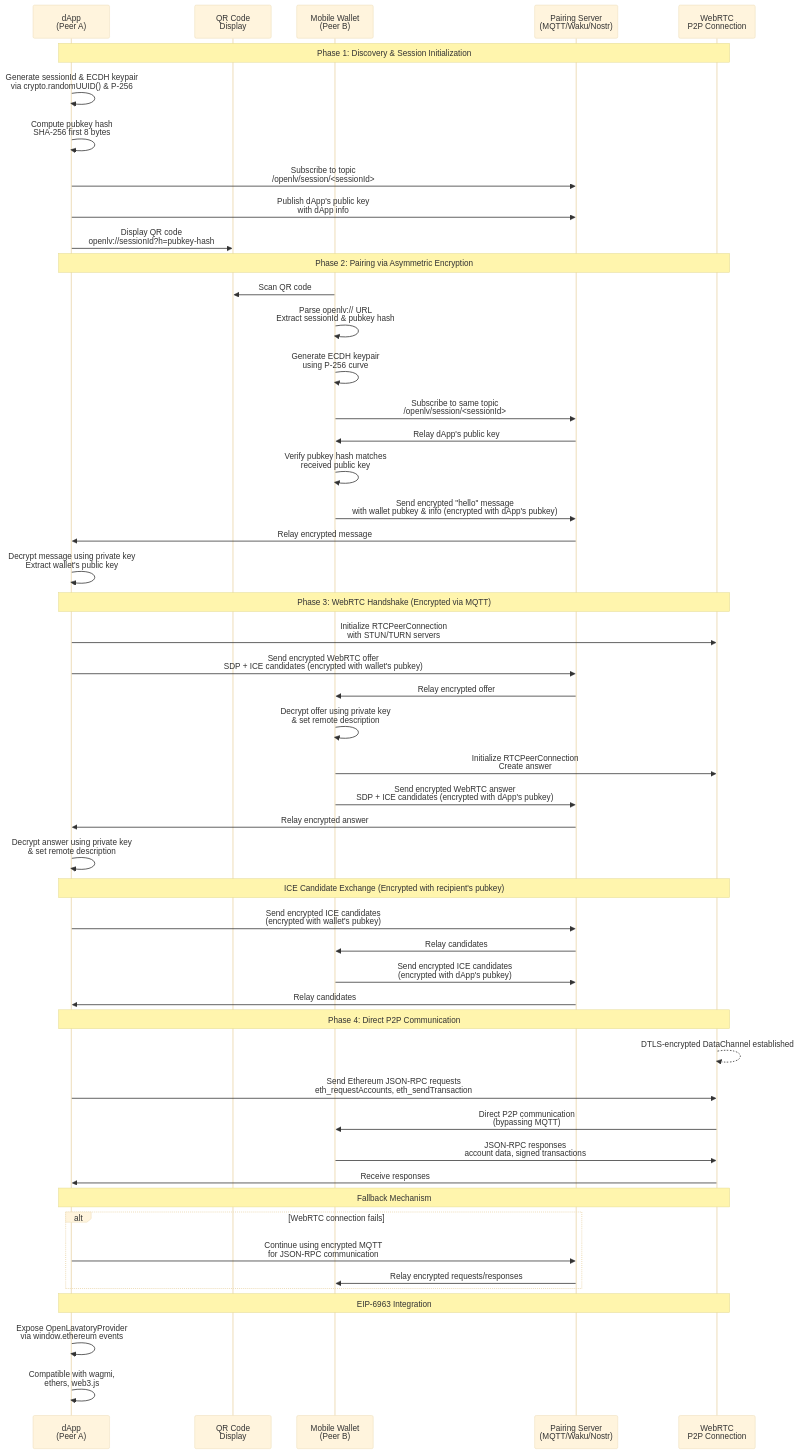
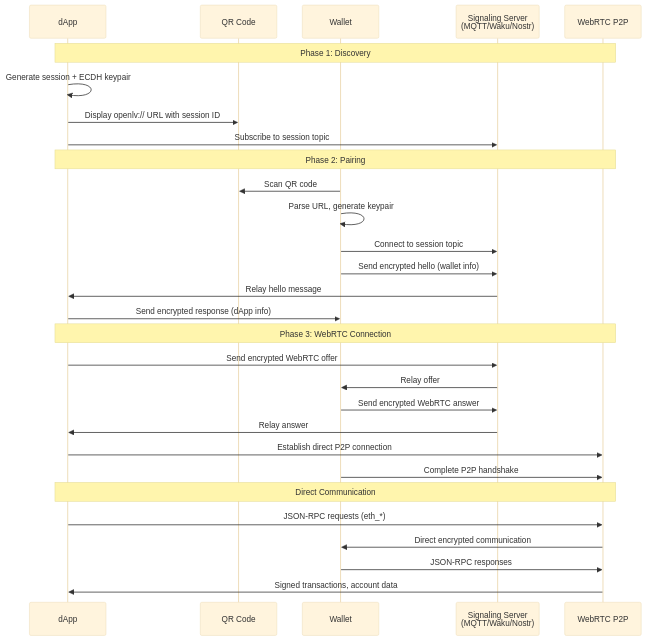
The diagram in spec.md (v3xlabs/open-lavatory), drawn with Mermaid (base theme) before and after one commit. The commit also changed other lines of this file, not shown here.

Commit message:
Update spec

````diff
--- a/spec.md
+++ b/spec.md
@@ -37,60 +66,35 @@
 ```mermaid
 sequenceDiagram
-    participant dApp as dApp<br/>(Peer A)
-    participant QR as QR Code<br/>Display  
-    participant Wallet as Mobile Wallet<br/>(Peer B)
-    participant MQTT as Pairing Server<br/>(MQTT/Waku/Nostr)
-    participant WebRTC as WebRTC<br/>P2P Connection
+    participant D as dApp
+    participant Q as QR Code
+    participant W as Wallet
+    participant S as Signaling Server<br/>(MQTT/Waku/Nostr)
+    participant P as WebRTC P2P
 
-    Note over dApp, WebRTC: Phase 1: Discovery & Session Initialization
-    dApp->>dApp: Generate sessionId & ECDH keypair<br/>via crypto.randomUUID() & P-256
-    dApp->>dApp: Compute pubkey hash<br/>SHA-256 first 8 bytes
-    dApp->>MQTT: Subscribe to topic<br/>/openlv/session/<sessionId>
-    dApp->>MQTT: Publish dApp's public key<br/>with dApp info
-    dApp->>QR: Display QR code<br/>openlv://sessionId?h=pubkey-hash
+    Note over D, P: Phase 1: Discovery
+    D->>D: Generate session + ECDH keypair
+    D->>Q: Display openlv:// URL with session ID
+    D->>S: Subscribe to session topic
     
-    Note over dApp, WebRTC: Phase 2: Pairing via Asymmetric Encryption
-    Wallet->>QR: Scan QR code
-    Wallet->>Wallet: Parse openlv:// URL<br/>Extract sessionId & pubkey hash
-    Wallet->>Wallet: Generate ECDH keypair<br/>using P-256 curve
-    Wallet->>MQTT: Subscribe to same topic<br/>/openlv/session/<sessionId>
-    MQTT->>Wallet: Relay dApp's public key
-    Wallet->>Wallet: Verify pubkey hash matches<br/>received public key
+    Note over D, P: Phase 2: Pairing
+    W->>Q: Scan QR code
+    W->>W: Parse URL, generate keypair
+    W->>S: Connect to session topic
+    W->>S: Send encrypted hello (wallet info)
+    S->>D: Relay hello message
+    D->>W: Send encrypted response (dApp info)
     
-    Wallet->>MQTT: Send encrypted "hello" message<br/>with wallet pubkey & info (encrypted with dApp's pubkey)
-    MQTT->>dApp: Relay encrypted message
-    dApp->>dApp: Decrypt message using private key<br/>Extract wallet's public key
+    Note over D, P: Phase 3: WebRTC Connection
+    D->>S: Send encrypted WebRTC offer
+    S->>W: Relay offer
+    W->>S: Send encrypted WebRTC answer
+    S->>D: Relay answer
+    D->>P: Establish direct P2P connection
+    W->>P: Complete P2P handshake
     
-    Note over dApp, WebRTC: Phase 3: WebRTC Handshake (Encrypted via MQTT)
-    dApp->>WebRTC: Initialize RTCPeerConnection<br/>with STUN/TURN servers
-    dApp->>MQTT: Send encrypted WebRTC offer<br/>SDP + ICE candidates (encrypted with wallet's pubkey)
-    MQTT->>Wallet: Relay encrypted offer
-    Wallet->>Wallet: Decrypt offer using private key<br/>& set remote description
-    Wallet->>WebRTC: Initialize RTCPeerConnection<br/>Create answer
-    Wallet->>MQTT: Send encrypted WebRTC answer<br/>SDP + ICE candidates (encrypted with dApp's pubkey)
-    MQTT->>dApp: Relay encrypted answer
-    dApp->>dApp: Decrypt answer using private key<br/>& set remote description
-    
-    Note over dApp, WebRTC: ICE Candidate Exchange (Encrypted with recipient's pubkey)
-    dApp->>MQTT: Send encrypted ICE candidates<br/>(encrypted with wallet's pubkey)
-    MQTT->>Wallet: Relay candidates
-    Wallet->>MQTT: Send encrypted ICE candidates<br/>(encrypted with dApp's pubkey)
-    MQTT->>dApp: Relay candidates
-    
-    Note over dApp, WebRTC: Phase 4: Direct P2P Communication
-    WebRTC-->>WebRTC: DTLS-encrypted DataChannel established
-    dApp->>WebRTC: Send Ethereum JSON-RPC requests<br/>eth_requestAccounts, eth_sendTransaction
-    WebRTC->>Wallet: Direct P2P communication<br/>(bypassing MQTT)
-    Wallet->>WebRTC: JSON-RPC responses<br/>account data, signed transactions
-    WebRTC->>dApp: Receive responses
-    
-    Note over dApp, WebRTC: Fallback Mechanism
-    alt WebRTC connection fails
-        dApp->>MQTT: Continue using encrypted MQTT<br/>for JSON-RPC communication
-        MQTT->>Wallet: Relay encrypted requests/responses
-    end
-    
-    Note over dApp, WebRTC: EIP-6963 Integration
-    dApp->>dApp: Expose OpenLavatoryProvider<br/>via window.ethereum events
-    dApp->>dApp: Compatible with wagmi,<br/>ethers, web3.js
+    Note over D, P: Direct Communication
+    D->>P: JSON-RPC requests (eth_*)
+    P->>W: Direct encrypted communication
+    W->>P: JSON-RPC responses
+    P->>D: Signed transactions, account data
 ```
````
